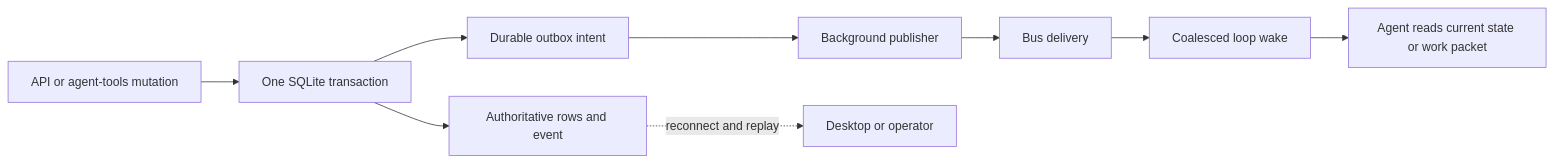
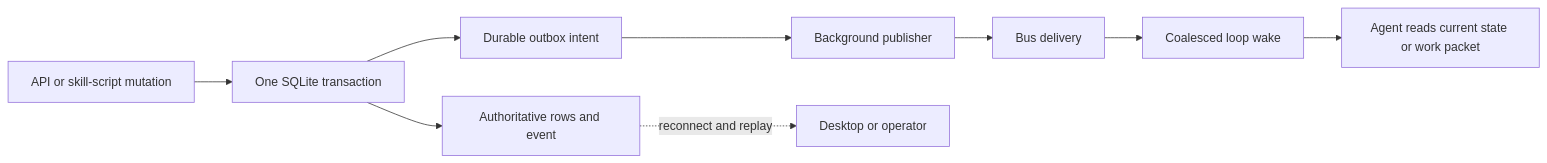
Before and after one commit to alekzonder/tariboy: the fourth of 4 diagrams in docs/docs/architecture/index.mdx, drawn with Mermaid. The commit also changed other lines of this file and 58 other files, not shown here.

Commit message:
refactor: migrate consumers to direct skill tools

````diff
--- a/docs/docs/architecture/index.mdx
+++ b/docs/docs/architecture/index.mdx
@@ -211,11 +211,11 @@
 ```mermaid
 flowchart LR
-  mutation[API or agent-tools mutation] --> transaction[One SQLite transaction]
+  mutation[API or skill-script mutation] --> transaction[One SQLite transaction]
   transaction --> state[Authoritative rows and event]
   transaction --> outbox[Durable outbox intent]
   outbox --> publisher[Background publisher]
   publisher --> bus[Bus delivery]
   bus --> wake[Coalesced loop wake]
   wake --> packet[Agent reads current state or work packet]
   state -. reconnect and replay .-> client[Desktop or operator]
 ```
````
